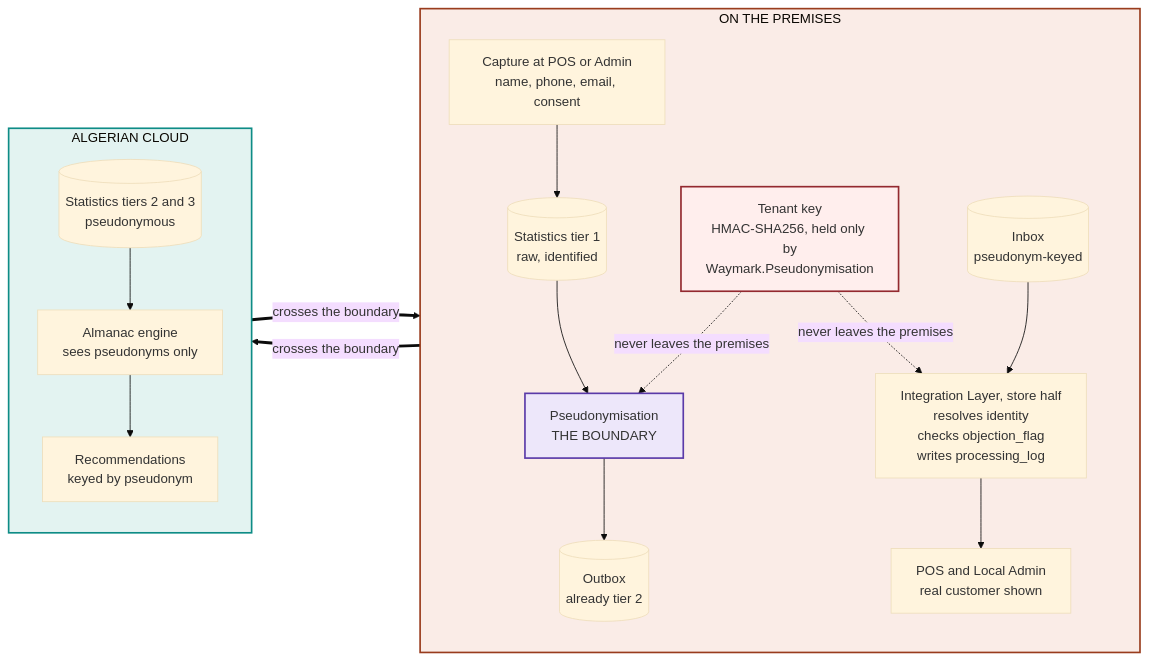
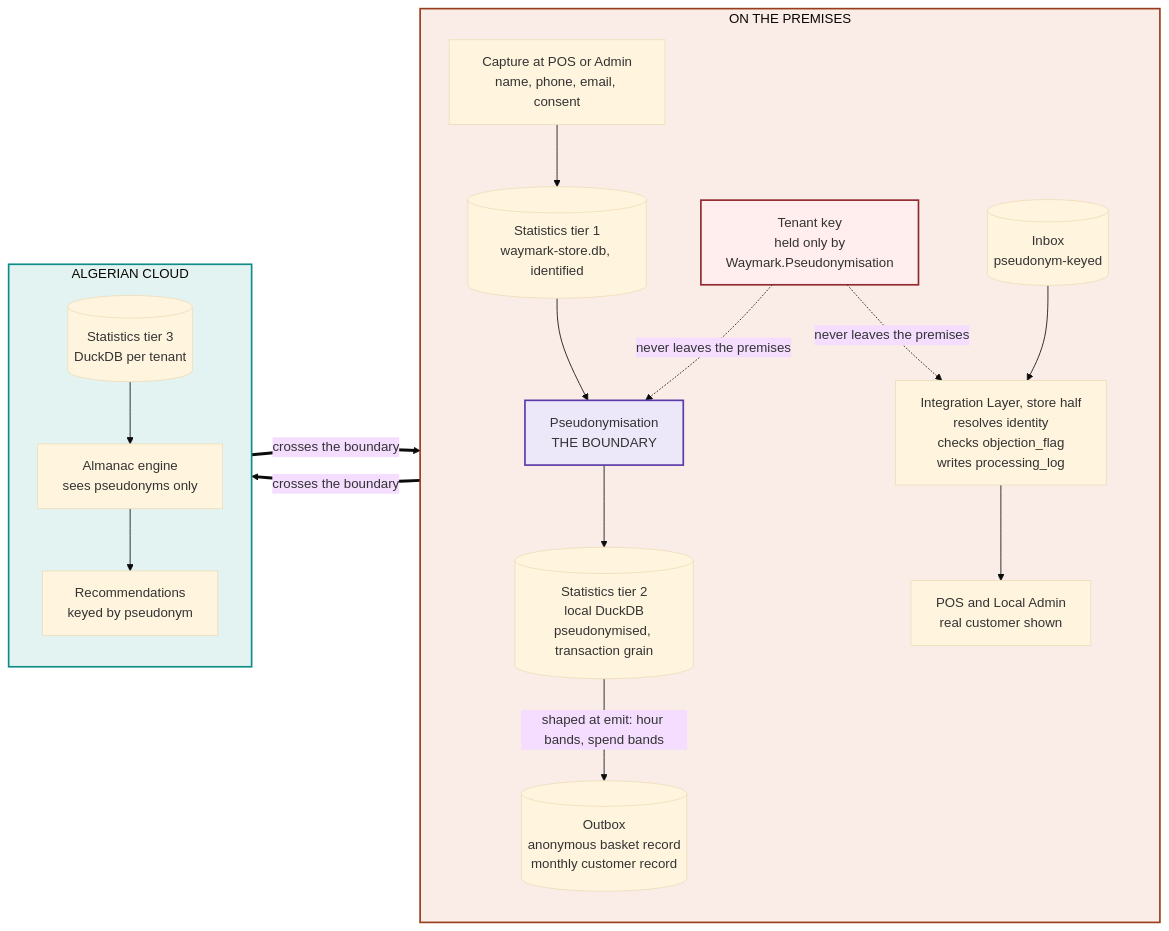
The diagram in docs/diagrams/04-data-flow.md (RAHAI-HAKIM/Waymark), drawn with Mermaid (base theme) before and after one commit. The commit also changed other lines of this file and 18 other files, not shown here.

````diff
--- a/docs/diagrams/04-data-flow.md
+++ b/docs/diagrams/04-data-flow.md
@@ -6,38 +5,40 @@
 ```mermaid
 flowchart LR
     subgraph local["ON THE PREMISES"]
         direction TB
         capture["Capture at POS or Admin<br/>name, phone, email, consent"]
-        tier1[("Statistics tier 1<br/>raw, identified")]
-        key["Tenant key<br/>HMAC-SHA256, held only by<br/>Waymark.Pseudonymisation"]
+        tier1[("Statistics tier 1<br/>waymark-store.db, identified")]
+        key["Tenant key<br/>held only by<br/>Waymark.Pseudonymisation"]
         pseudo["Pseudonymisation<br/>THE BOUNDARY"]
-        outbox[("Outbox<br/>already tier 2")]
+        tier2[("Statistics tier 2<br/>local DuckDB<br/>pseudonymised, transaction grain")]
+        outbox[("Outbox<br/>anonymous basket record<br/>monthly customer record")]
         inbox[("Inbox<br/>pseudonym-keyed")]
         integ["Integration Layer, store half<br/>resolves identity<br/>checks objection_flag<br/>writes processing_log"]
         surface["POS and Local Admin<br/>real customer shown"]
     end
 
     subgraph cloudside["ALGERIAN CLOUD"]
         direction TB
-        tier2[("Statistics tiers 2 and 3<br/>pseudonymous")]
+        tier3[("Statistics tier 3<br/>DuckDB per tenant")]
         almanac["Almanac engine<br/>sees pseudonyms only"]
         recs["Recommendations<br/>keyed by pseudonym"]
     end
 
     capture --> tier1
     tier1 --> pseudo
     key -.->|"never leaves the premises"| pseudo
-    pseudo --> outbox
-    outbox ==>|"crosses the boundary"| tier2
-    tier2 --> almanac
+    pseudo --> tier2
+    tier2 -->|"shaped at emit: hour bands, spend bands"| outbox
+    outbox ==>|"crosses the boundary"| tier3
+    tier3 --> almanac
     almanac --> recs
     recs ==>|"crosses the boundary"| inbox
     inbox --> integ
     key -.->|"never leaves the premises"| integ
     integ --> surface
 
     style local fill:#FAECE7,stroke:#993C1D,stroke-width:2px
     style cloudside fill:#E3F3F1,stroke:#0E8C86,stroke-width:2px
     style pseudo fill:#EDE7FA,stroke:#5A3AA8,stroke-width:2px
     style key fill:#FFEEED,stroke:#93292F,stroke-width:2px
 ```
````
